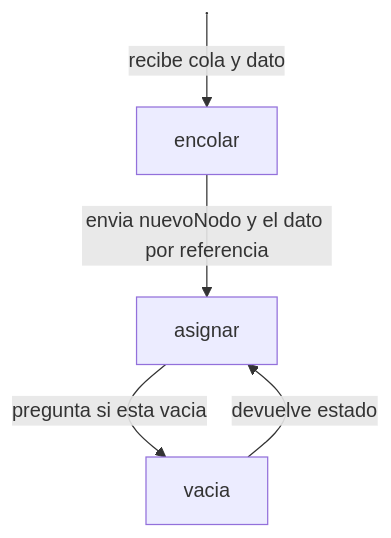
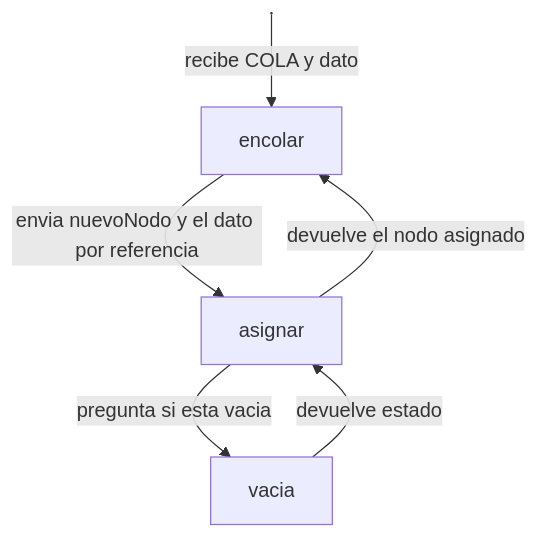
The fifth of 11 diagrams in README.md (mletelle/ape_tad), drawn with Mermaid before and after one commit. The commit also changed other lines of this file, not shown here.

````diff
--- a/README.md
+++ b/README.md
@@ -61,8 +77,9 @@
 ```mermaid
 flowchart TD
     n1["encolar"] -- envia nuevoNodo y el dato por referencia --> n2["asignar"]
     n2 -- pregunta si esta vacia --> n3["vacia"]
     n3 -- devuelve estado --> n2
-    n4["Untitled Node"] -- recibe cola y dato --> n1
+    n4["Untitled Node"] -- recibe COLA y dato --> n1
+    n2 -- devuelve el nodo asignado --> n1
     n4@{ shape: anchor}
 ```
````
